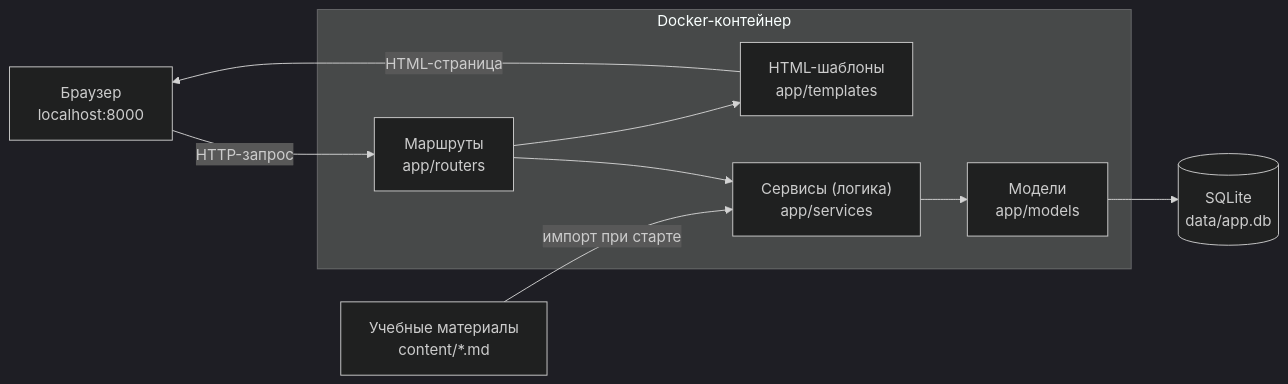
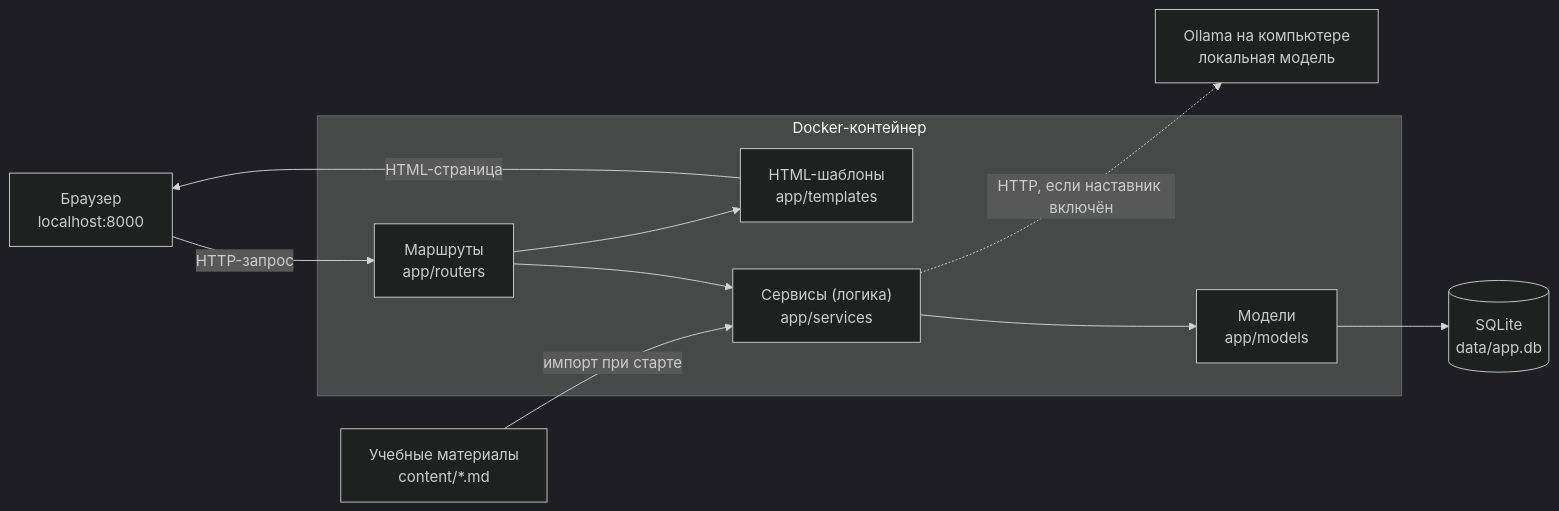
One commit to whyamone/learning-platform changed the diagram in README.md. Above: the diagram before and after it, drawn with Mermaid (dark theme). The commit also changed other lines of this file and 18 other files, not shown here.

````diff
--- a/README.md
+++ b/README.md
@@ -447,22 +527,24 @@
 ```mermaid
 flowchart LR
     browser["Браузер<br/>localhost:8000"]
 
     subgraph container["Docker-контейнер"]
         routers["Маршруты<br/>app/routers"]
         services["Сервисы (логика)<br/>app/services"]
         templates["HTML-шаблоны<br/>app/templates"]
         models["Модели<br/>app/models"]
     end
 
     db[("SQLite<br/>data/app.db")]
     content["Учебные материалы<br/>content/*.md"]
+    ollama["Ollama на компьютере<br/>локальная модель"]
 
     browser -- "HTTP-запрос" --> routers
     routers --> services
     routers --> templates
     templates -- "HTML-страница" --> browser
     services --> models
     models --> db
     content -- "импорт при старте" --> services
+    services -. "HTTP, если наставник включён" .-> ollama
 ```
````
